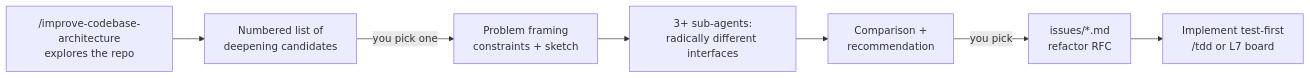
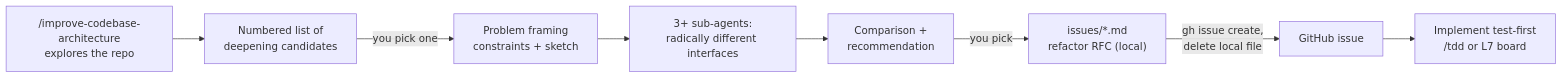
Before and after one commit to tomschinelli/ai-engineering-guide: the fourth of 6 diagrams in levels/04-test-first.md, drawn with Mermaid. The commit also changed other lines of this file and 14 other files, not shown here.

First line of the commit message:
Keep work items out of the repo: GitHub issues + gitignored .scratch/

````diff
--- a/levels/04-test-first.md
+++ b/levels/04-test-first.md
@@ -203,9 +203,10 @@
 ```mermaid
 flowchart LR
     X["/improve-codebase-architecture<br/>explores the repo"] --> C[Numbered list of<br/>deepening candidates]
     C -->|you pick one| P[Problem framing<br/>constraints + sketch]
     P --> D["3+ sub-agents:<br/>radically different interfaces"]
     D --> R[Comparison +<br/>recommendation]
-    R -->|you pick| RFC["issues/*.md<br/>refactor RFC"]
-    RFC --> T["Implement test-first<br/>/tdd or L7 board"]
+    R -->|you pick| RFC["issues/*.md<br/>refactor RFC (local)"]
+    RFC -->|gh issue create,<br/>delete local file| GI[GitHub issue]
+    GI --> T["Implement test-first<br/>/tdd or L7 board"]
 ```
````
